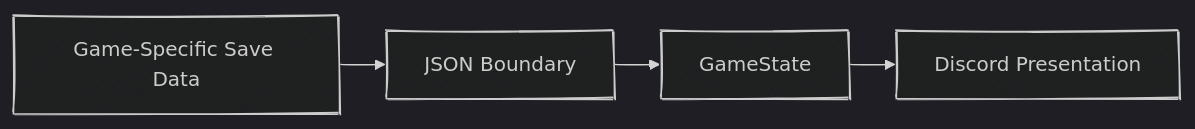
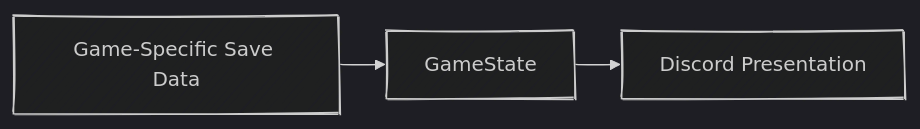
The sixth of 9 diagrams in docs/ARCHITECTURE.md (ramadhafidz/switch-rpc), drawn with Mermaid before and after one commit. The commit also changed other lines of this file and 13 other files, not shown here.

````diff
--- a/docs/ARCHITECTURE.md
+++ b/docs/ARCHITECTURE.md
@@ -455,15 +392,11 @@
 ```mermaid
 ---
 config:
   theme: dark
   look: handDrawn
   layout: elk
 ---
 flowchart LR
-	A[Game-Specific Save Data]
-	B[JSON Boundary]
-	C[GameState]
-	D[Discord Presentation]
-
-	A --> B --> C --> D
+	A[Game-Specific Save Data] --> B[GameState]
+	B --> C[Discord Presentation]
 ```
````
